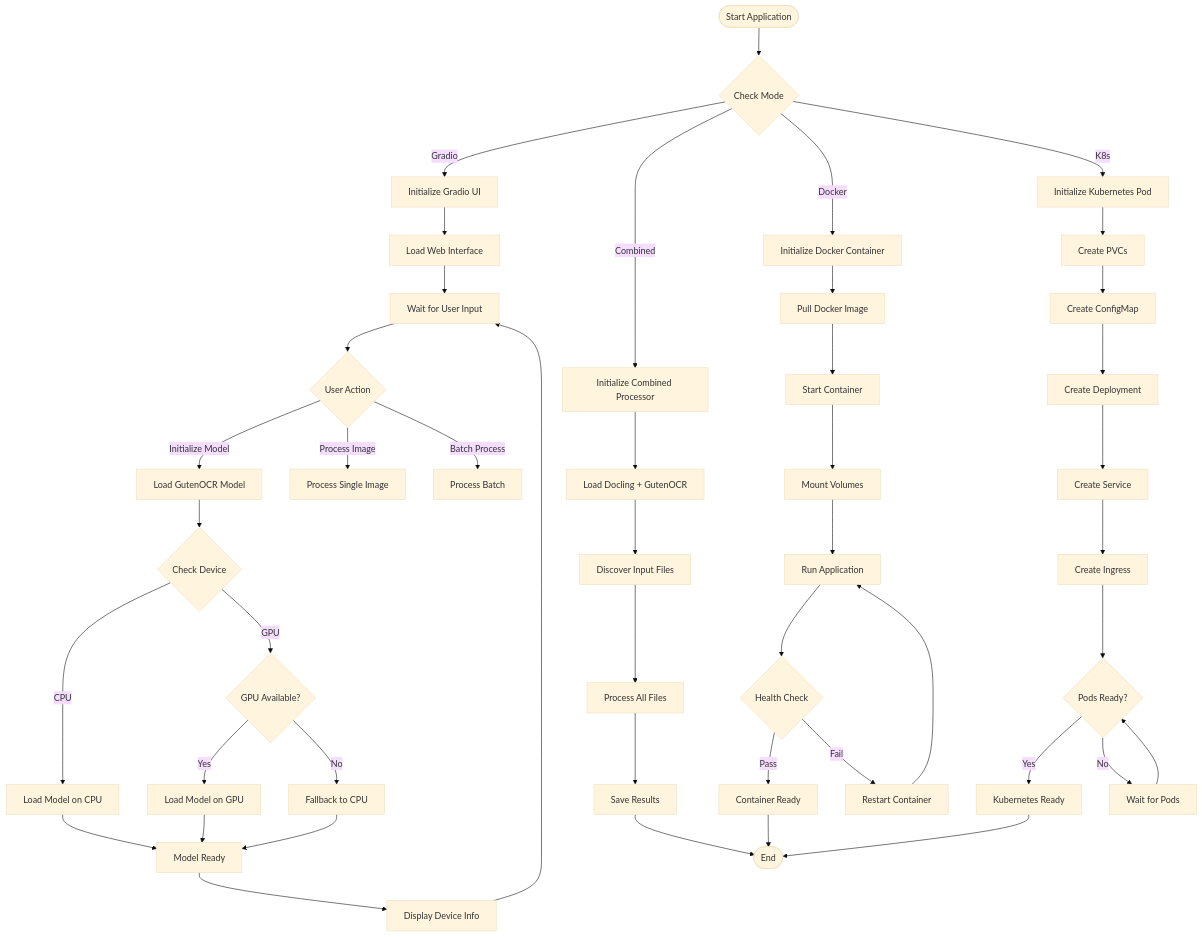
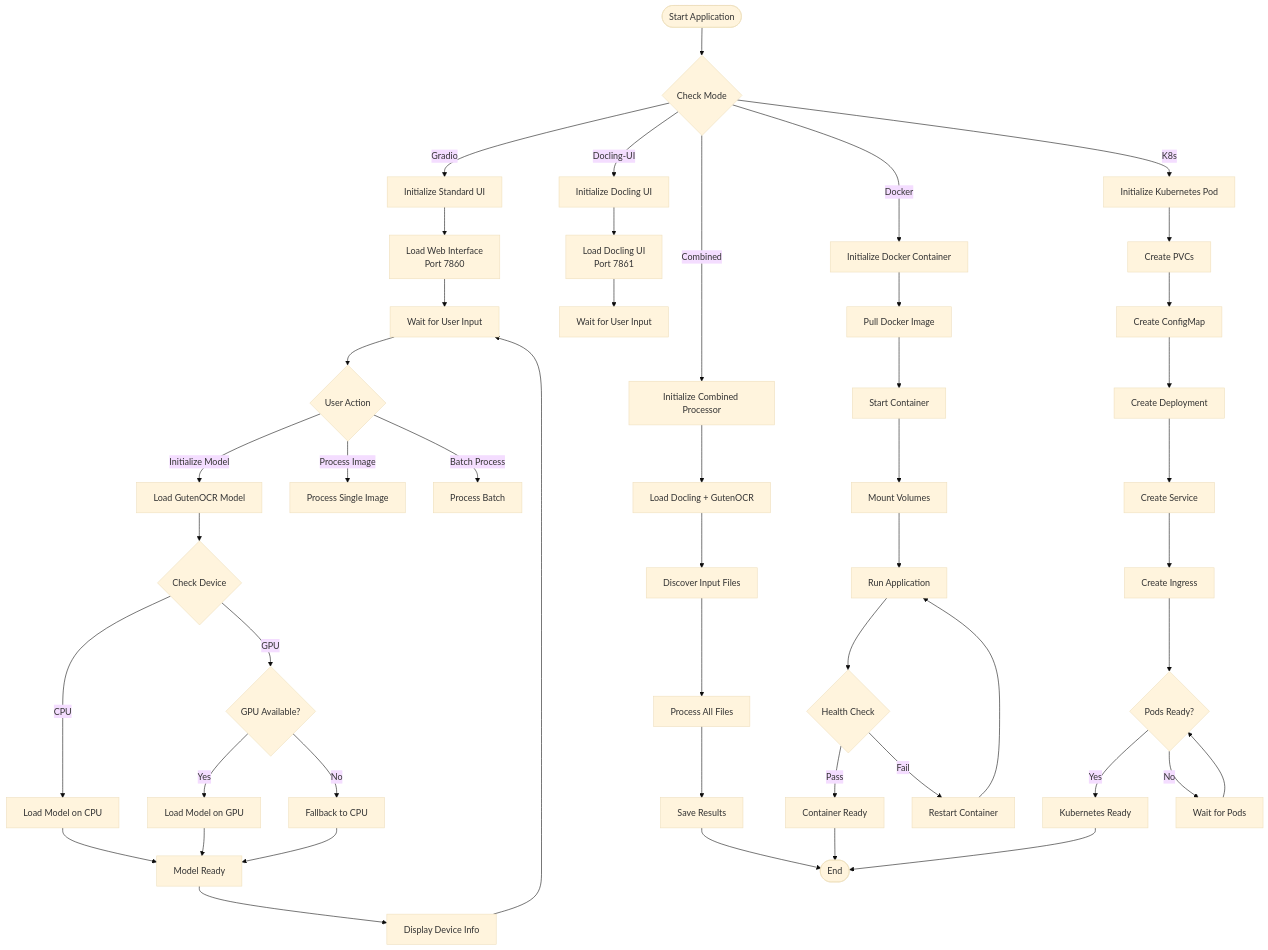
The first of 9 diagrams in docs/FLOWCHARTS.md (aairom/GutenOCR-Test), drawn with Mermaid (base theme) before and after one commit. The commit also changed other lines of this file and 9 other files, not shown here.

````diff
--- a/docs/FLOWCHARTS.md
+++ b/docs/FLOWCHARTS.md
@@ -17,58 +18,61 @@
 ```mermaid
 flowchart TD
     Start([Start Application]) --> CheckMode{Check Mode}
     
-    CheckMode -->|Gradio| InitGradio[Initialize Gradio UI]
+    CheckMode -->|Gradio| InitGradio[Initialize Standard UI]
+    CheckMode -->|Docling-UI| InitDoclingUI[Initialize Docling UI]
     CheckMode -->|Combined| InitCombined[Initialize Combined Processor]
     CheckMode -->|Docker| InitDocker[Initialize Docker Container]
     CheckMode -->|K8s| InitK8s[Initialize Kubernetes Pod]
     
-    InitGradio --> LoadUI[Load Web Interface]
+    InitGradio --> LoadUI[Load Web Interface<br/>Port 7860]
+    InitDoclingUI --> LoadDoclingUI[Load Docling UI<br/>Port 7861]
     LoadUI --> WaitUser[Wait for User Input]
+    LoadDoclingUI --> WaitDoclingUser[Wait for User Input]
     
     WaitUser --> UserAction{User Action}
     UserAction -->|Initialize Model| LoadModel[Load GutenOCR Model]
     UserAction -->|Process Image| ProcessSingle[Process Single Image]
     UserAction -->|Batch Process| ProcessBatch[Process Batch]
     
     LoadModel --> CheckDevice{Check Device}
     CheckDevice -->|CPU| LoadCPU[Load Model on CPU]
     CheckDevice -->|GPU| CheckGPU{GPU Available?}
     
     CheckGPU -->|Yes| LoadGPU[Load Model on GPU]
     CheckGPU -->|No| FallbackCPU[Fallback to CPU]
     
     LoadCPU --> ModelReady[Model Ready]
     LoadGPU --> ModelReady
     FallbackCPU --> ModelReady
     
     ModelReady --> DisplayInfo[Display Device Info]
     DisplayInfo --> WaitUser
     
     InitCombined --> LoadBoth[Load Docling + GutenOCR]
     LoadBoth --> DiscoverFiles[Discover Input Files]
     DiscoverFiles --> ProcessFiles[Process All Files]
     ProcessFiles --> SaveResults[Save Results]
     SaveResults --> End([End])
     
     InitDocker --> PullImage[Pull Docker Image]
     PullImage --> StartContainer[Start Container]
     StartContainer --> MountVolumes[Mount Volumes]
     MountVolumes --> RunApp[Run Application]
     RunApp --> Healthy{Health Check}
     Healthy -->|Pass| Ready[Container Ready]
     Healthy -->|Fail| Restart[Restart Container]
     Restart --> RunApp
     Ready --> End
     
     InitK8s --> CreatePVC[Create PVCs]
     CreatePVC --> CreateConfigMap[Create ConfigMap]
     CreateConfigMap --> CreateDeployment[Create Deployment]
     CreateDeployment --> CreateService[Create Service]
     CreateService --> CreateIngress[Create Ingress]
     CreateIngress --> WaitPods{Pods Ready?}
     WaitPods -->|Yes| K8sReady[Kubernetes Ready]
     WaitPods -->|No| WaitMore[Wait for Pods]
     WaitMore --> WaitPods
     K8sReady --> End
 ```
````
